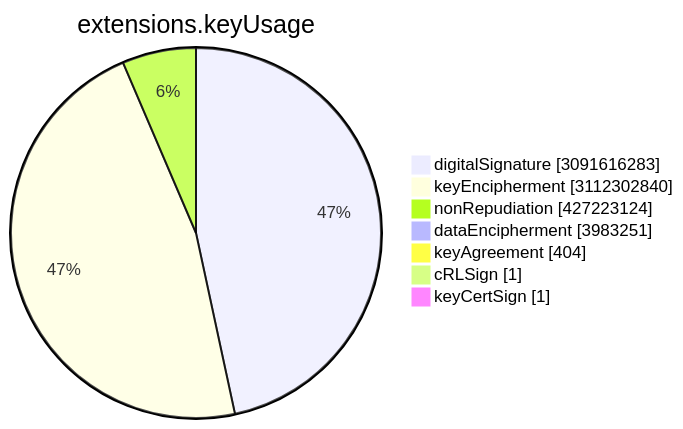
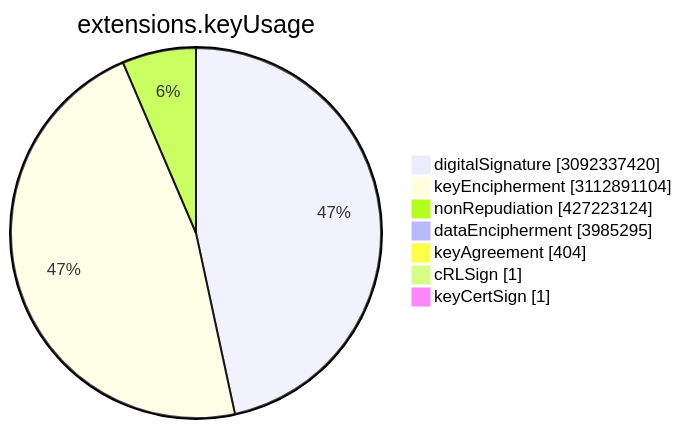
One commit to christiankrug/ctmonitor_visualization changed the sixth of 15 diagrams in TOTAL/README.md. Above: the diagram before and after it, drawn with Mermaid. The commit also changed other lines of this file, not shown here.

````diff
--- a/TOTAL/README.md
+++ b/TOTAL/README.md
@@ -3077,11 +3077,11 @@
 ```mermaid
 pie showData
 title extensions.keyUsage
-"digitalSignature" :3091616283
-"keyEncipherment" :3112302840
+"digitalSignature" :3092337420
+"keyEncipherment" :3112891104
 "nonRepudiation" :427223124
-"dataEncipherment" :3983251
+"dataEncipherment" :3985295
 "keyAgreement" :404
 "cRLSign" :1
 "keyCertSign" :1
 ```
````
